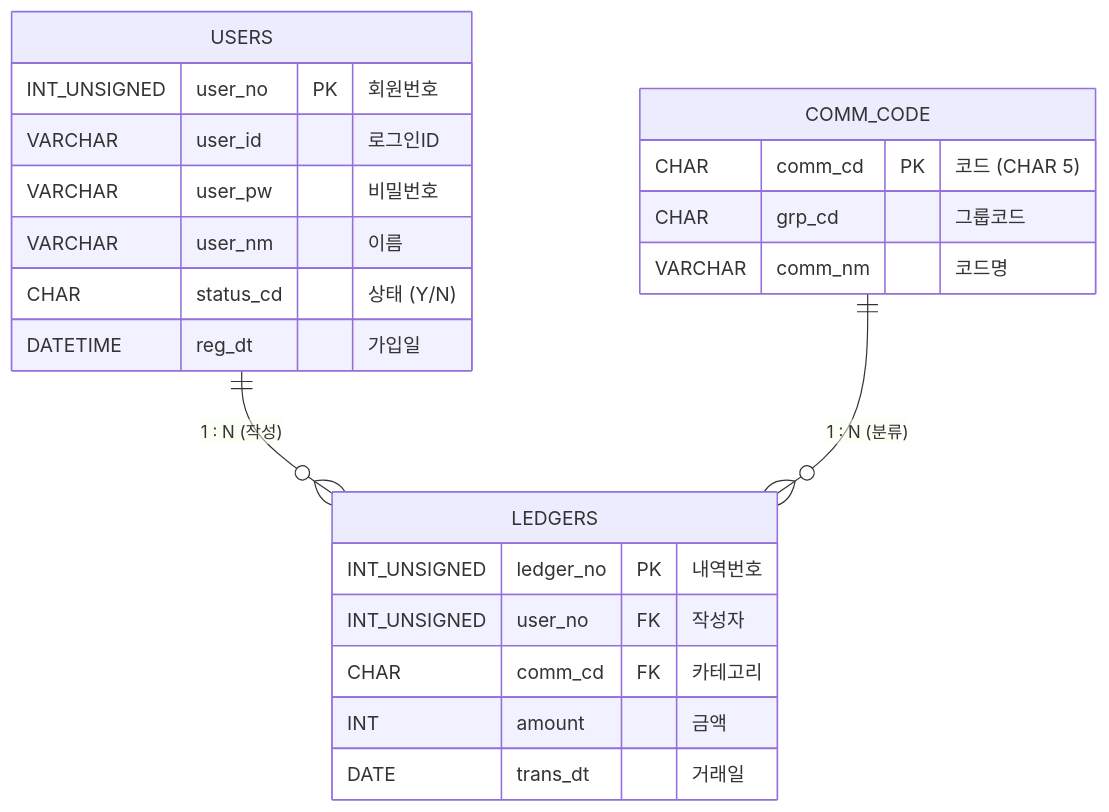
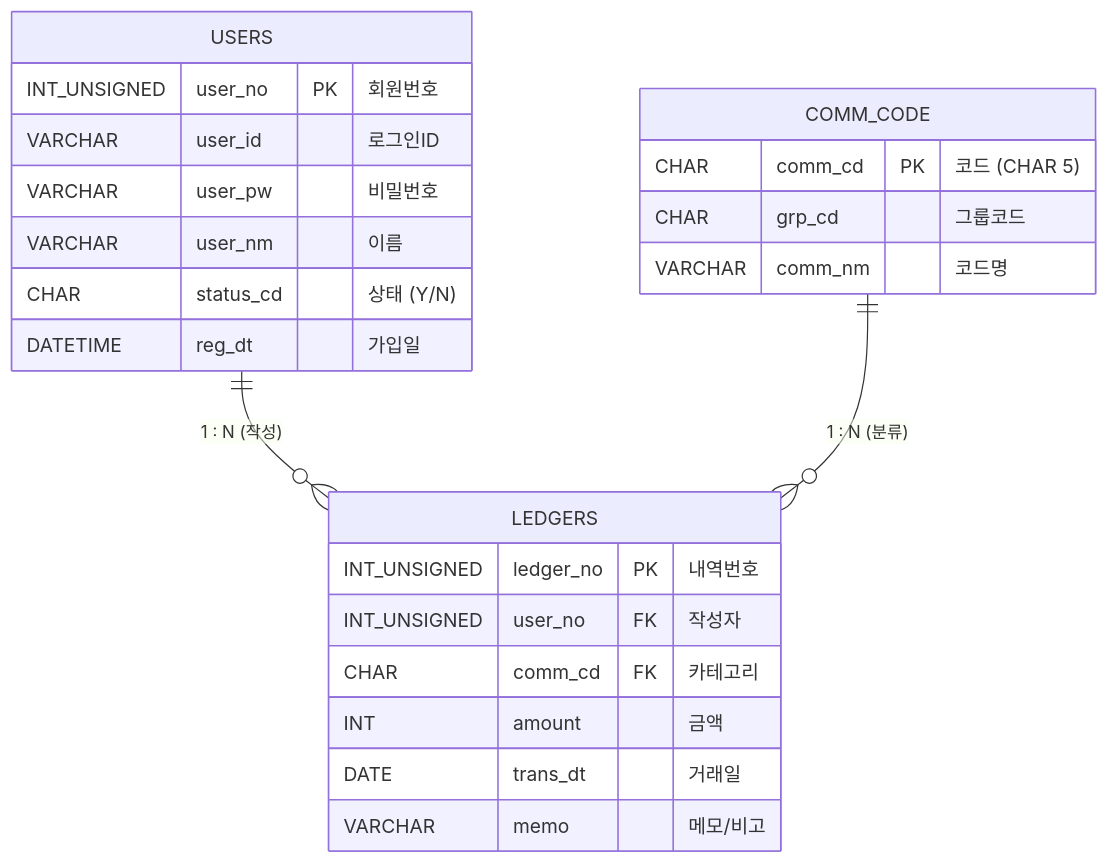
The second of 2 diagrams in README.md (ikth-kim/team2), drawn with Mermaid before and after one commit. The commit also changed other lines of this file and 7 other files, not shown here.

````diff
--- a/README.md
+++ b/README.md
@@ -140,30 +154,31 @@
 ```mermaid
 erDiagram
     USERS {
         INT_UNSIGNED user_no PK "회원번호"
         VARCHAR user_id "로그인ID"
         VARCHAR user_pw "비밀번호"
         VARCHAR user_nm "이름"
         CHAR status_cd "상태 (Y/N)"
         DATETIME reg_dt "가입일"
     }
     
     COMM_CODE {
         CHAR comm_cd PK "코드 (CHAR 5)"
         CHAR grp_cd "그룹코드"
         VARCHAR comm_nm "코드명"
     }
     
     LEDGERS {
         INT_UNSIGNED ledger_no PK "내역번호"
         INT_UNSIGNED user_no FK "작성자"
         CHAR comm_cd FK "카테고리"
         INT amount "금액"
         DATE trans_dt "거래일"
+        VARCHAR memo "메모/비고"
     }
 
 
     %% 관계 설정 (1 : N)
     USERS ||--o{ LEDGERS : "1 : N (작성)"
     COMM_CODE ||--o{ LEDGERS : "1 : N (분류)"
 ```
````
